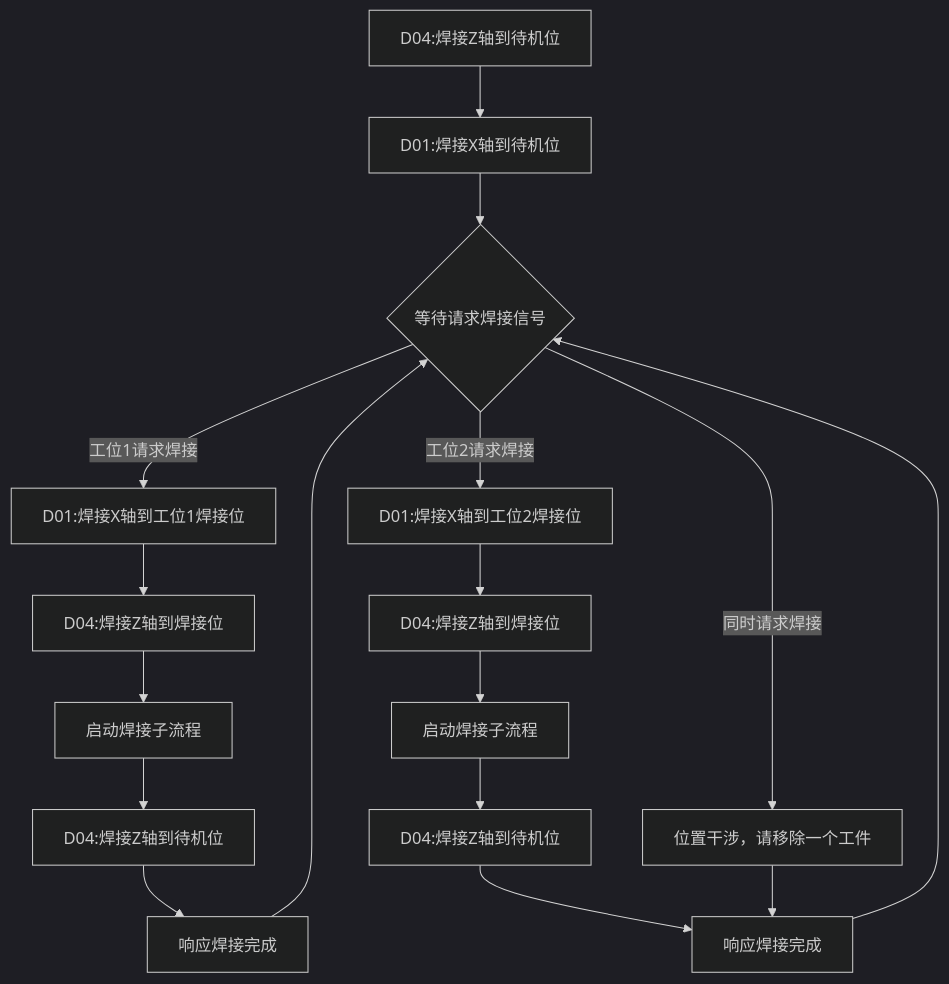
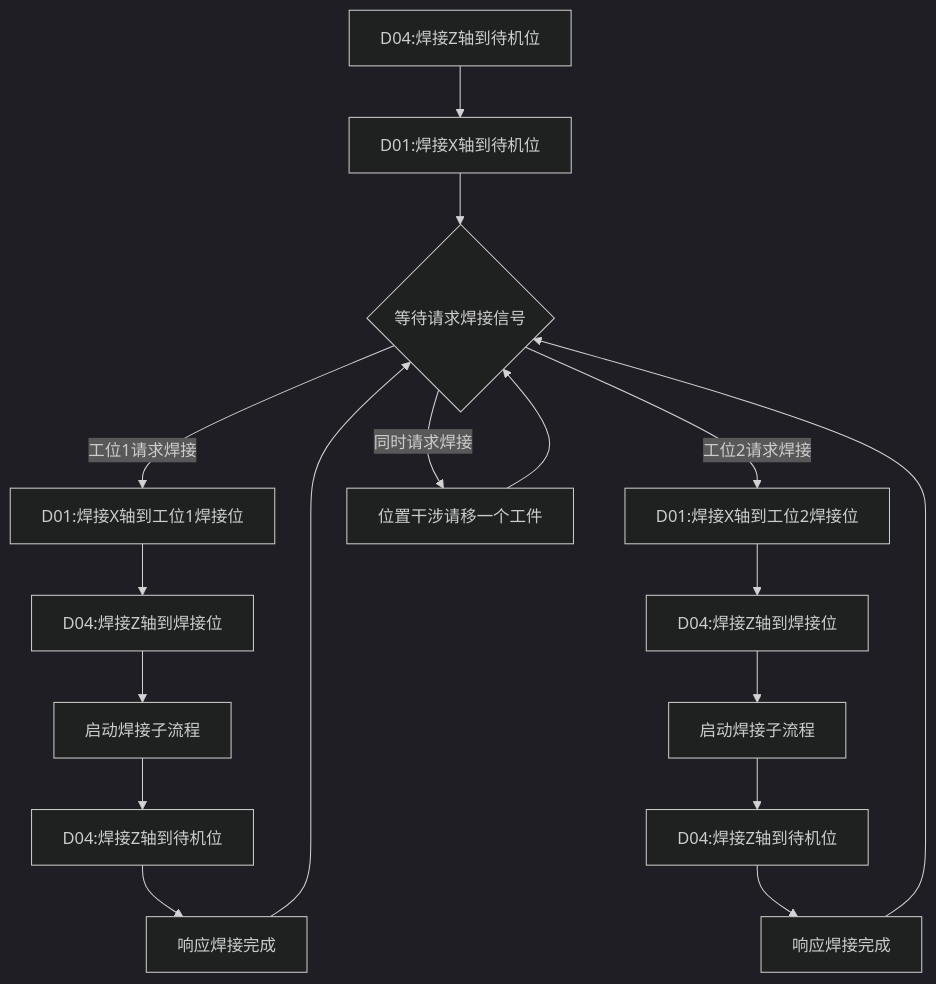
One commit to PengKun1/iodraw-files changed the diagram in all/OP20-1焊接工位自动流程.md. Above: the diagram before and after it, drawn with Mermaid (dark theme).

Commit message:
2024-08-07 09:08:46 update

````diff
--- a/all/OP20-1焊接工位自动流程.md
+++ b/all/OP20-1焊接工位自动流程.md
@@ -1,19 +1,20 @@
 ```mermaid
 graph TD
 10[D04:焊接Z轴到待机位]-->20
 20[D01:焊接X轴到待机位]-->30
 30{等待请求焊接信号}-->|工位1请求焊接|40
 30-->|工位2请求焊接|100
 30-->|同时请求焊接|900
 40[D01:焊接X轴到工位1焊接位]-->50
 50[D04:焊接Z轴到焊接位]-->60
 60[启动焊接子流程]-->70
 70[D04:焊接Z轴到待机位]-->80
 80[响应焊接完成]-->30
 100[D01:焊接X轴到工位2焊接位]-->110
 110[D04:焊接Z轴到焊接位]-->120
 120[启动焊接子流程]-->130
 130[D04:焊接Z轴到待机位]-->140
 140[响应焊接完成]-->30
-900[位置干涉，请移除一个工件]-->140
+
+900[位置干涉请移一个工件]-->30
 ```
````
